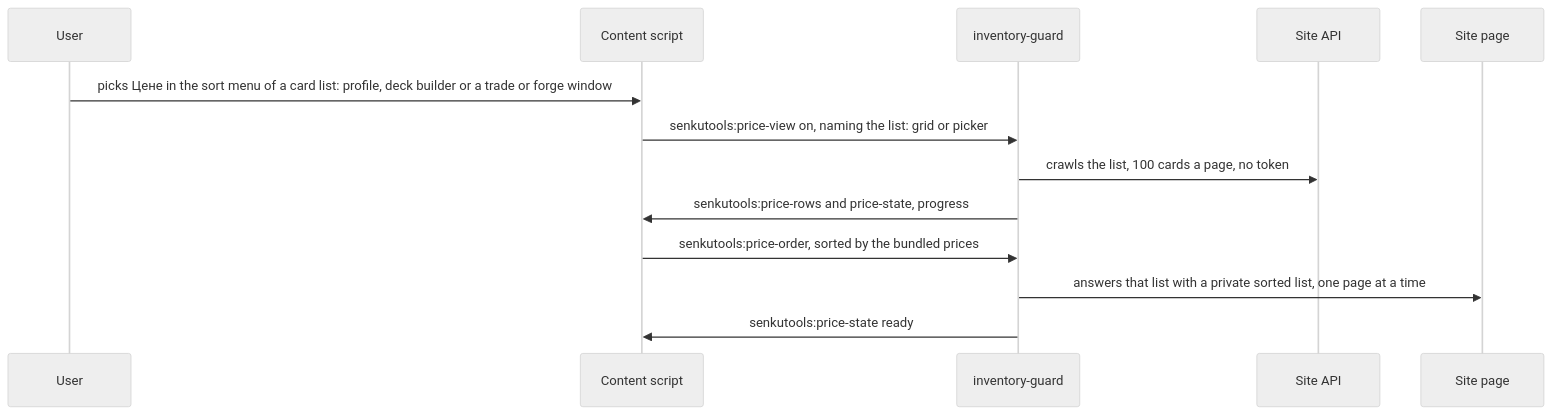
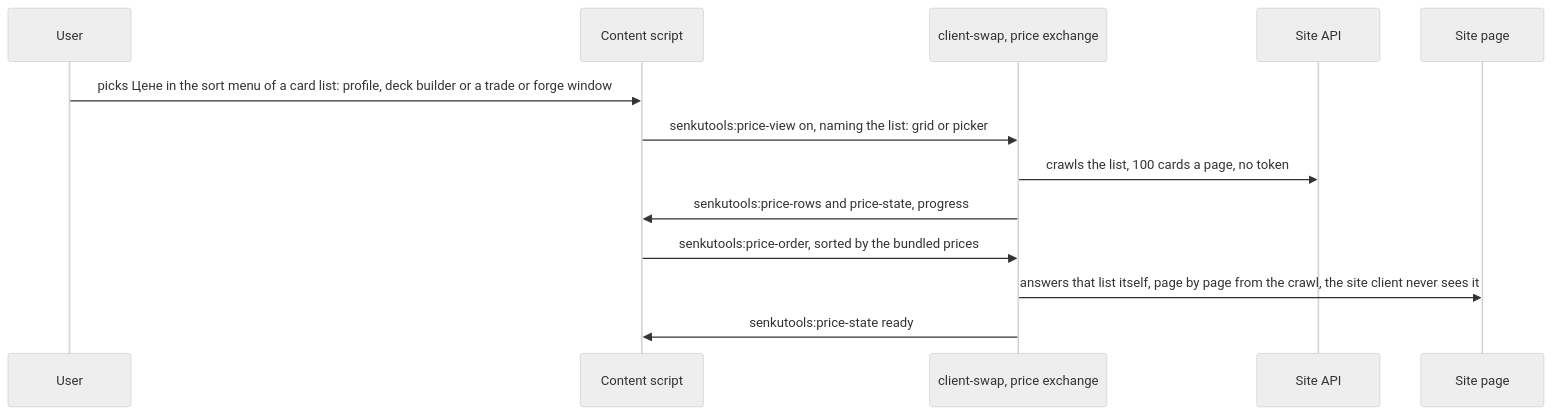
One commit to Antawq/senkuro-tools changed the second of 8 diagrams in docs/architecture.md. Above: the diagram before and after it, drawn with Mermaid (neutral theme). The commit also changed other lines of this file and 1 other file, not shown here.

Commit message:
docs: describe the client swap in the architecture pages

````diff
--- a/docs/architecture.md
+++ b/docs/architecture.md
@@ -41,15 +41,15 @@
 ```mermaid
 sequenceDiagram
   participant U as User
   participant C as Content script
-  participant G as inventory-guard
+  participant G as client-swap, price exchange
   participant A as Site API
   participant S as Site page
   U->>C: picks Цене in the sort menu of a card list: profile, deck builder or a trade or forge window
   C->>G: senkutools:price-view on, naming the list: grid or picker
   G->>A: crawls the list, 100 cards a page, no token
   G->>C: senkutools:price-rows and price-state, progress
   C->>G: senkutools:price-order, sorted by the bundled prices
-  G->>S: answers that list with a private sorted list, one page at a time
+  G->>S: answers that list itself, page by page from the crawl, the site client never sees it
   G->>C: senkutools:price-state ready
 ```
````
